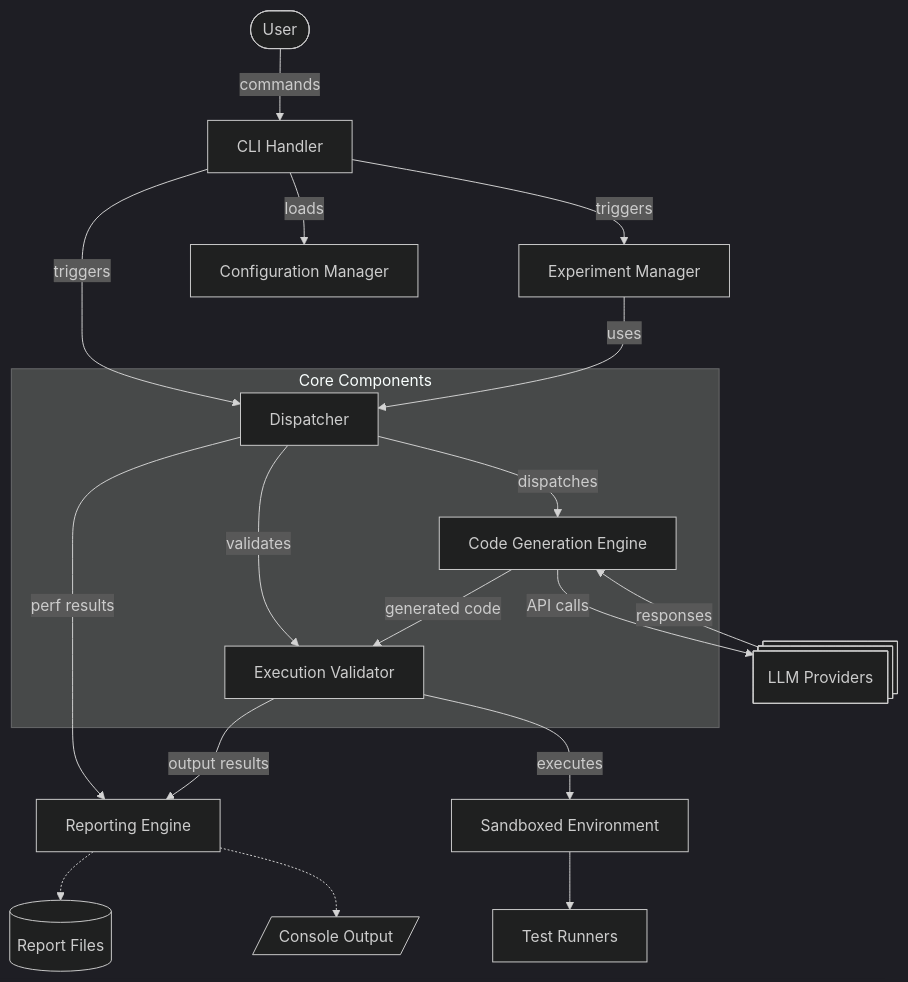
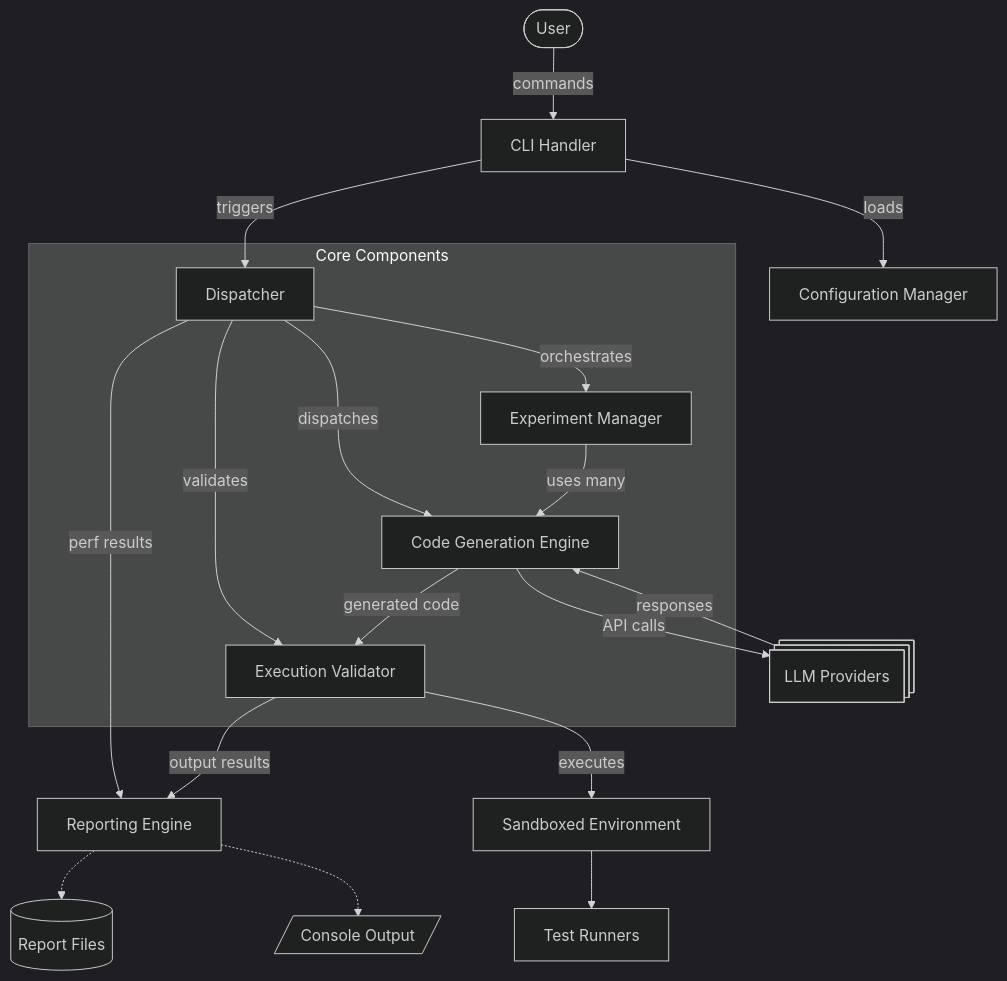
One commit to FilippoGurioli/test-2-code-llm changed the first of 2 diagrams in docs/architecture.md. Above: the diagram before and after it, drawn with Mermaid (dark theme). The commit also changed 1 other file, not shown here.

Commit message:
docs: correct relation between em and dispatcher

````diff
--- a/docs/architecture.md
+++ b/docs/architecture.md
@@ -109,27 +109,29 @@
 ```mermaid
 flowchart TD
     User([User]) -->|commands| CLI[CLI Handler]
     CLI -->|triggers| OE[Dispatcher]
-    CLI -->|triggers| EM[Experiment Manager]
     CLI -->|loads| CM[Configuration Manager]
-    EM -->|uses| OE
     subgraph CoreComponents[Core Components]
-        OE
-        EV
-        CGE
+      EM
+      OE
+      EV
+      CGE
     end
+    OE -->|orchestrates| EM[Experiment Manager]
     OE -->|dispatches| CGE[Code Generation Engine]
     OE -->|validates| EV[Execution Validator]
     OE -->|perf results| ARE[Reporting Engine]
+
+    EM -->|uses many| CGE
     
     EV -->|output results| ARE
     CGE -->|generated code| EV
     
     CGE -->|API calls| LLM@{ shape: procs, label: "LLM Providers"}
     LLM -->|responses| CGE
     EV -->|executes| Sandbox[Sandboxed Environment]
     Sandbox --> TestRunner[Test Runners]
     
     ARE -.-> Reports[(Report Files)]
     ARE -.-> Console[/Console Output/]
 ```
````
